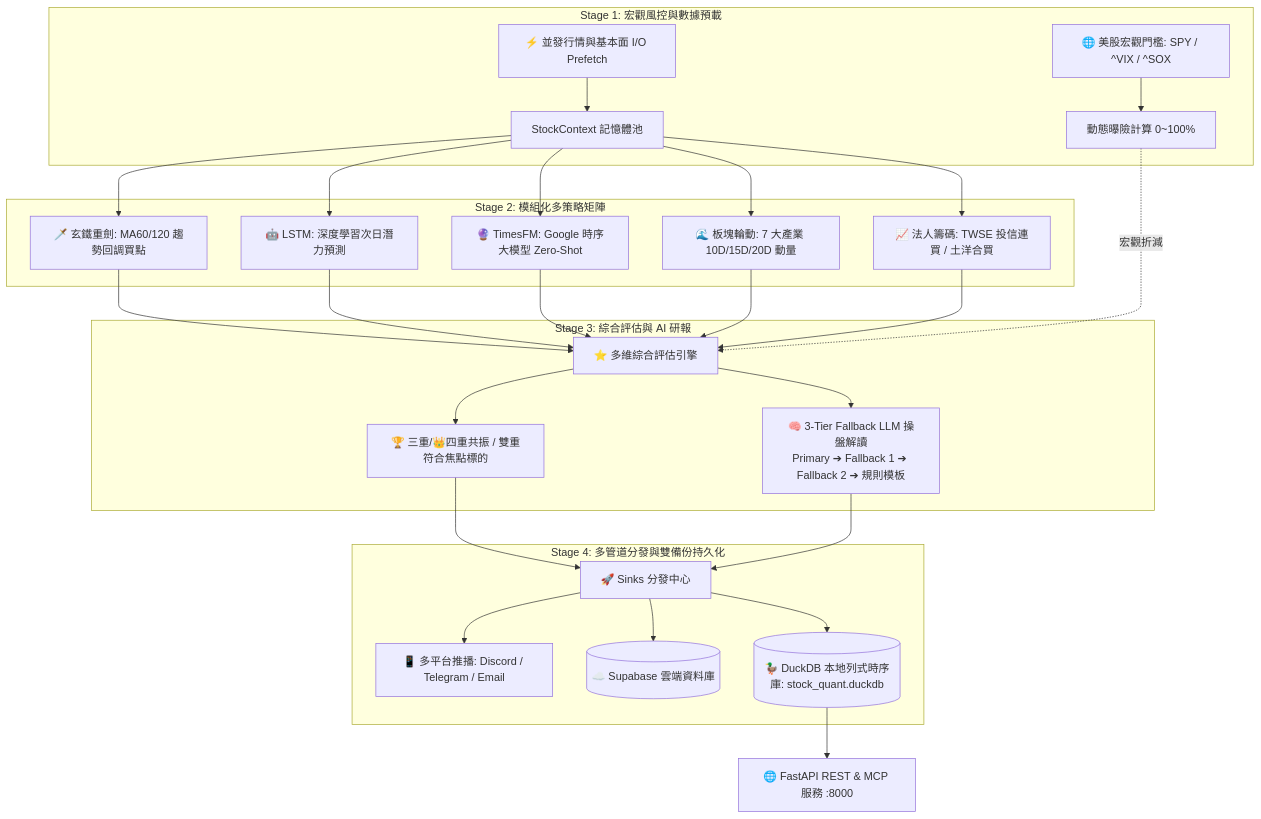
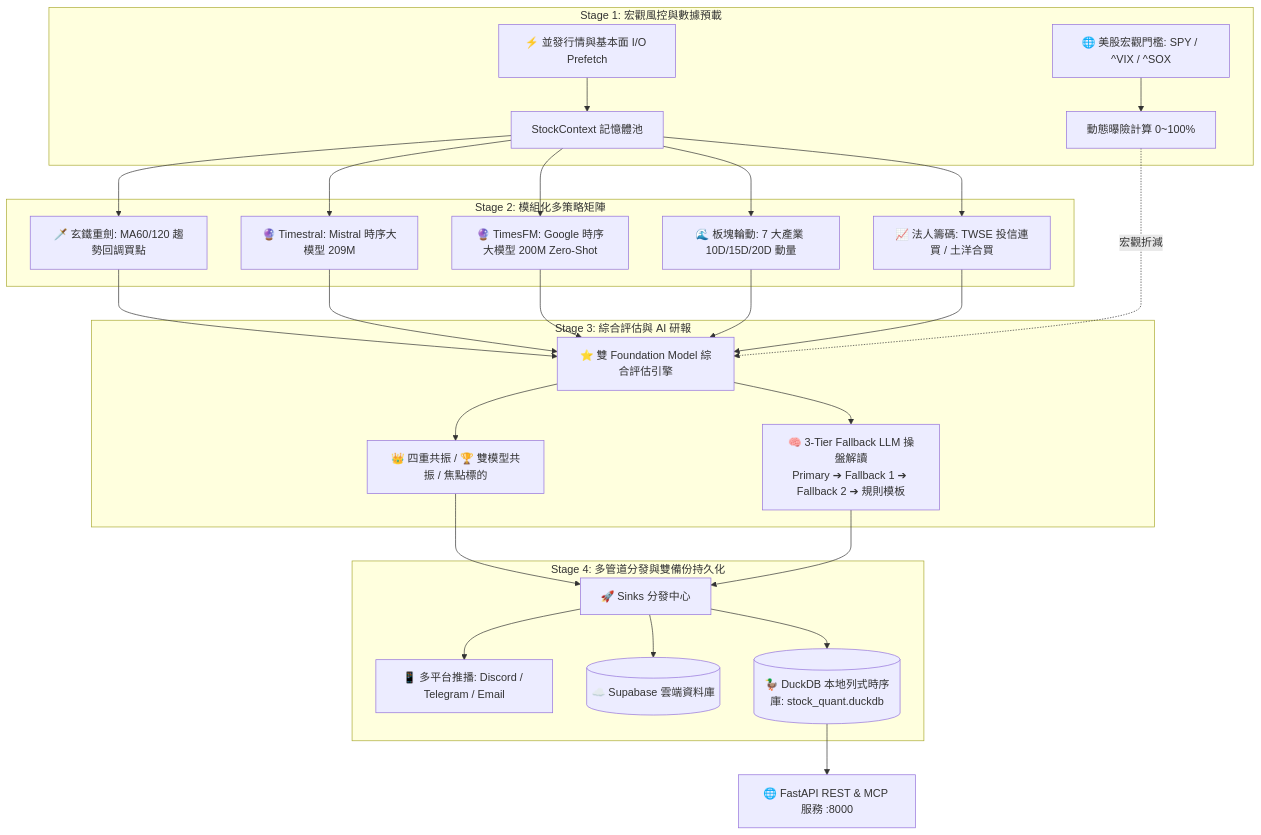
Before and after one commit to tbdavid2019/stock-underdog-ml: the diagram in README.md, drawn with Mermaid. The commit also changed other lines of this file and 36 other files, not shown here.

First line of the commit message:
feat(models): deprecate single-layer LSTM & integrate Mistral Timestral-209M with Dual Foundation Model Resonance (v2.4.30)

````diff
--- a/README.md
+++ b/README.md
@@ -40,31 +40,31 @@
 ```mermaid
 graph TD
     subgraph S1 [Stage 1: 宏觀風控與數據預載]
         Macro[🌐 美股宏觀門檻: SPY / ^VIX / ^SOX] --> Exposure[動態曝險計算 0~100%]
         IO[⚡ 並發行情與基本面 I/O Prefetch] --> Pool[StockContext 記憶體池]
     end
 
     subgraph S2 [Stage 2: 模組化多策略矩陣]
         Pool --> ST1[🗡️ 玄鐵重劍: MA60/120 趨勢回調買點]
-        Pool --> ST2[🤖 LSTM: 深度學習次日潛力預測]
-        Pool --> ST3[🔮 TimesFM: Google 時序大模型 Zero-Shot]
+        Pool --> ST2[🔮 Timestral: Mistral 時序大模型 209M]
+        Pool --> ST3[🔮 TimesFM: Google 時序大模型 200M Zero-Shot]
         Pool --> ST4[🌊 板塊輪動: 7 大產業 10D/15D/20D 動量]
         Pool --> ST5[📈 法人籌碼: TWSE 投信連買 / 土洋合買]
     end
 
     subgraph S3 [Stage 3: 綜合評估與 AI 研報]
-        ST1 & ST2 & ST3 & ST4 & ST5 --> Composite[⭐ 多維綜合評估引擎]
+        ST1 & ST2 & ST3 & ST4 & ST5 --> Composite[⭐ 雙 Foundation Model 綜合評估引擎]
         Exposure -.->|宏觀折減| Composite
-        Composite --> Overlap[🏆 三重/👑四重共振 / 雙重符合焦點標的]
+        Composite --> Overlap[👑 四重共振 / 🏆 雙模型共振 / 焦點標的]
         Composite --> LLM[🧠 3-Tier Fallback LLM 操盤解讀<br>Primary ➔ Fallback 1 ➔ Fallback 2 ➔ 規則模板]
     end
 
     subgraph S4 [Stage 4: 多管道分發與雙備份持久化]
         Overlap & LLM --> Sinks[🚀 Sinks 分發中心]
         Sinks --> Push[📱 多平台推播: Discord / Telegram / Email]
         Sinks --> CloudDB[(☁️ Supabase 雲端資料庫)]
         Sinks --> LocalDB[(🦆 DuckDB 本地列式時序庫: stock_quant.duckdb)]
     end
 
     LocalDB --> API[🌐 FastAPI REST & MCP 服務 :8000]
 ```
````
